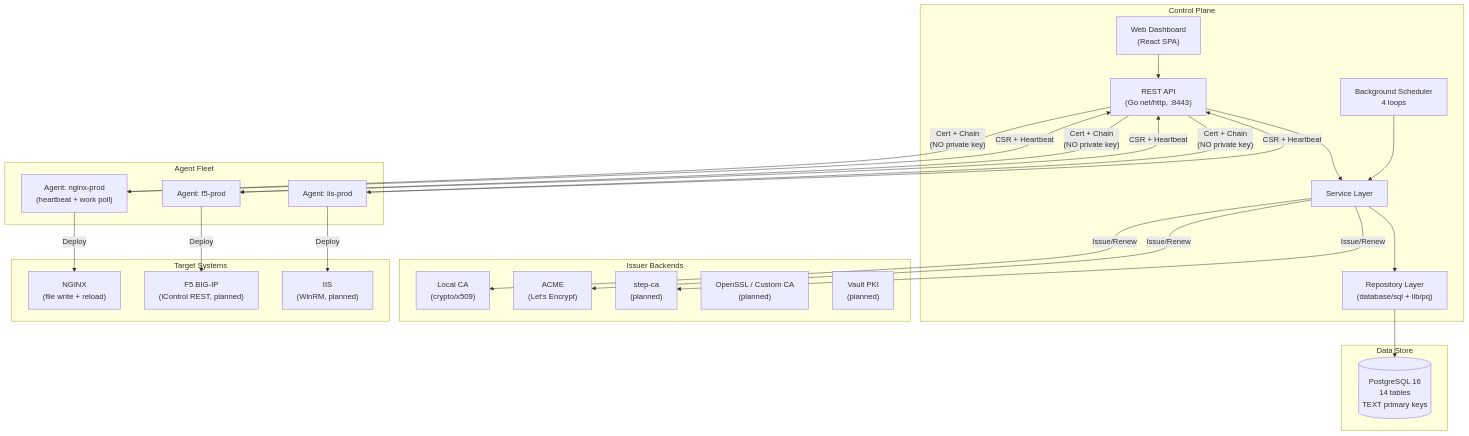
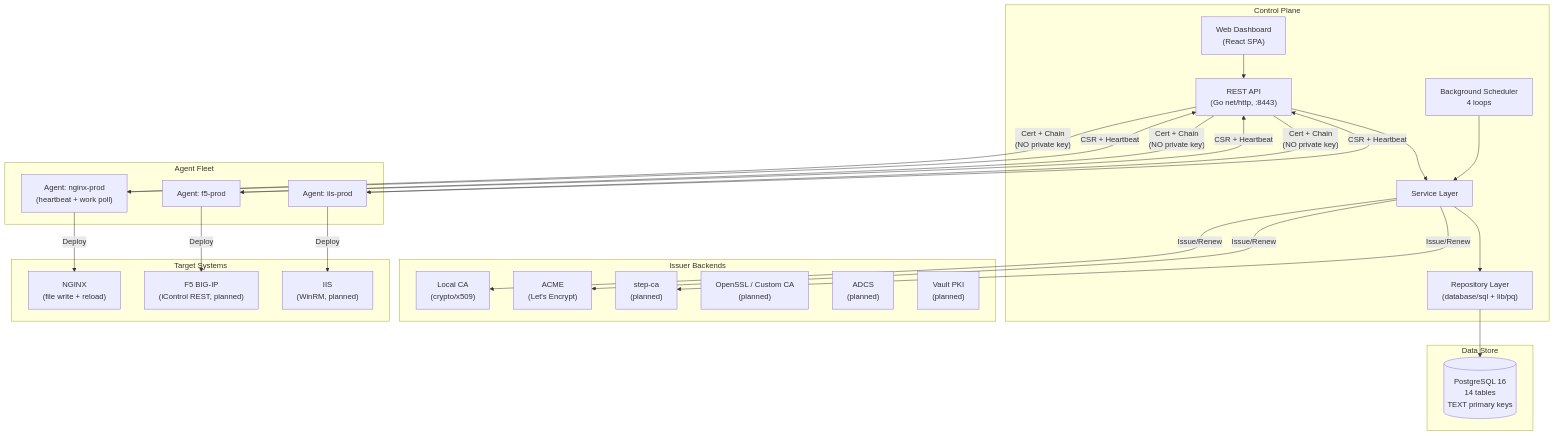
One commit to certctl-io/certctl changed the first of 11 diagrams in docs/architecture.md. Above: the diagram before and after it, drawn with Mermaid. The commit also changed other lines of this file and 3 other files, not shown here.

First line of the commit message:
docs: add ADCS issuer connector to V2 roadmap

````diff
--- a/docs/architecture.md
+++ b/docs/architecture.md
@@ -20,48 +20,49 @@
 ```mermaid
 flowchart TB
     subgraph "Control Plane"
         API["REST API\n(Go net/http, :8443)"]
         SVC["Service Layer"]
         REPO["Repository Layer\n(database/sql + lib/pq)"]
         SCHED["Background Scheduler\n4 loops"]
         DASH["Web Dashboard\n(React SPA)"]
     end
 
     subgraph "Data Store"
         PG[("PostgreSQL 16\n14 tables\nTEXT primary keys")]
     end
 
     subgraph "Agent Fleet"
         A1["Agent: nginx-prod\n(heartbeat + work poll)"]
         A2["Agent: f5-prod"]
         A3["Agent: iis-prod"]
     end
 
     subgraph "Issuer Backends"
         CA1["Local CA\n(crypto/x509)"]
         CA2["ACME\n(Let's Encrypt)"]
         CA3["step-ca\n(planned)"]
         CA4["OpenSSL / Custom CA\n(planned)"]
-        CA5["Vault PKI\n(planned)"]
+        CA5["ADCS\n(planned)"]
+        CA6["Vault PKI\n(planned)"]
     end
 
     subgraph "Target Systems"
         T1["NGINX\n(file write + reload)"]
         T2["F5 BIG-IP\n(iControl REST, planned)"]
         T3["IIS\n(WinRM, planned)"]
     end
 
     DASH --> API
     API --> SVC
     SVC --> REPO
     REPO --> PG
     SCHED --> SVC
     SVC -->|"Issue/Renew"| CA1 & CA2 & CA3
 
     A1 & A2 & A3 -->|"CSR + Heartbeat"| API
     API -->|"Cert + Chain\n(NO private key)"| A1 & A2 & A3
 
     A1 -->|"Deploy"| T1
     A2 -->|"Deploy"| T2
     A3 -->|"Deploy"| T3
 ```
````
